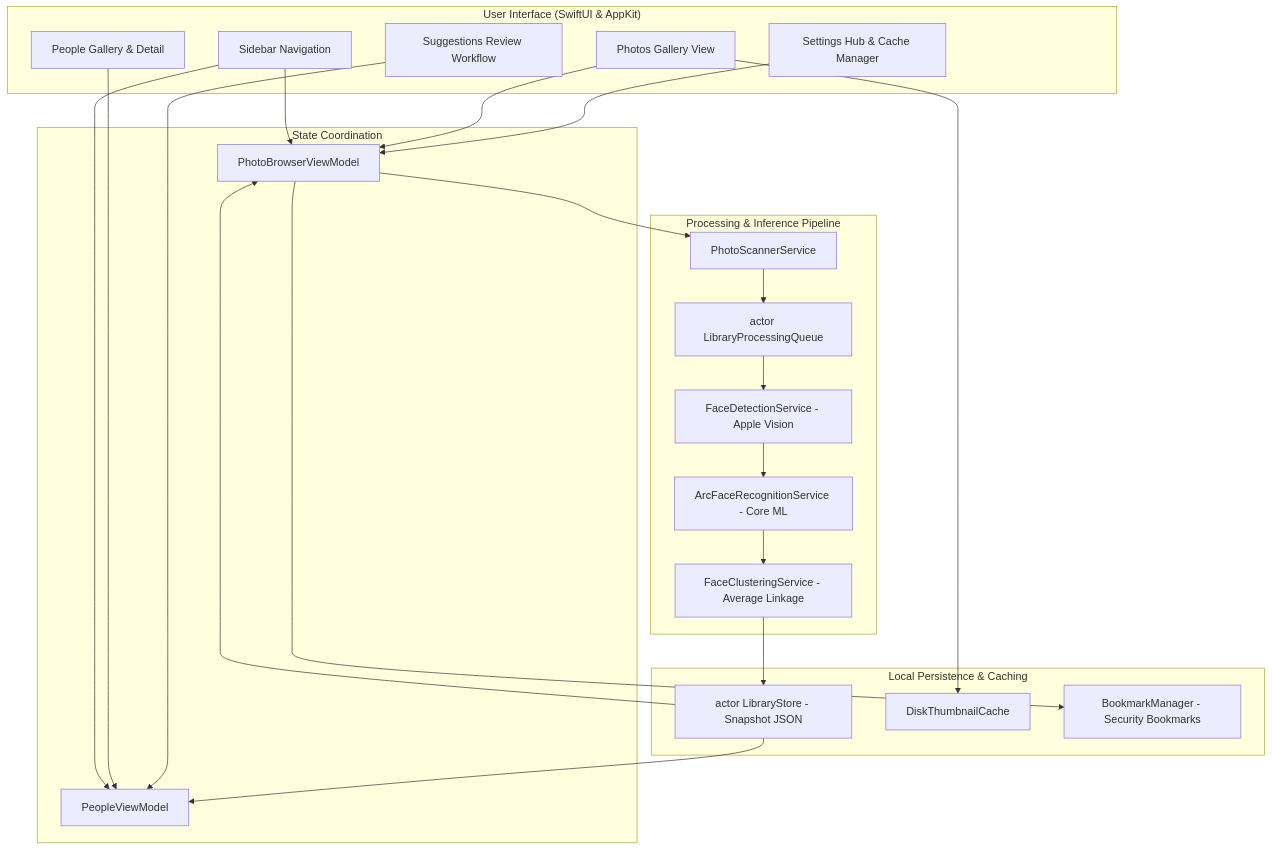
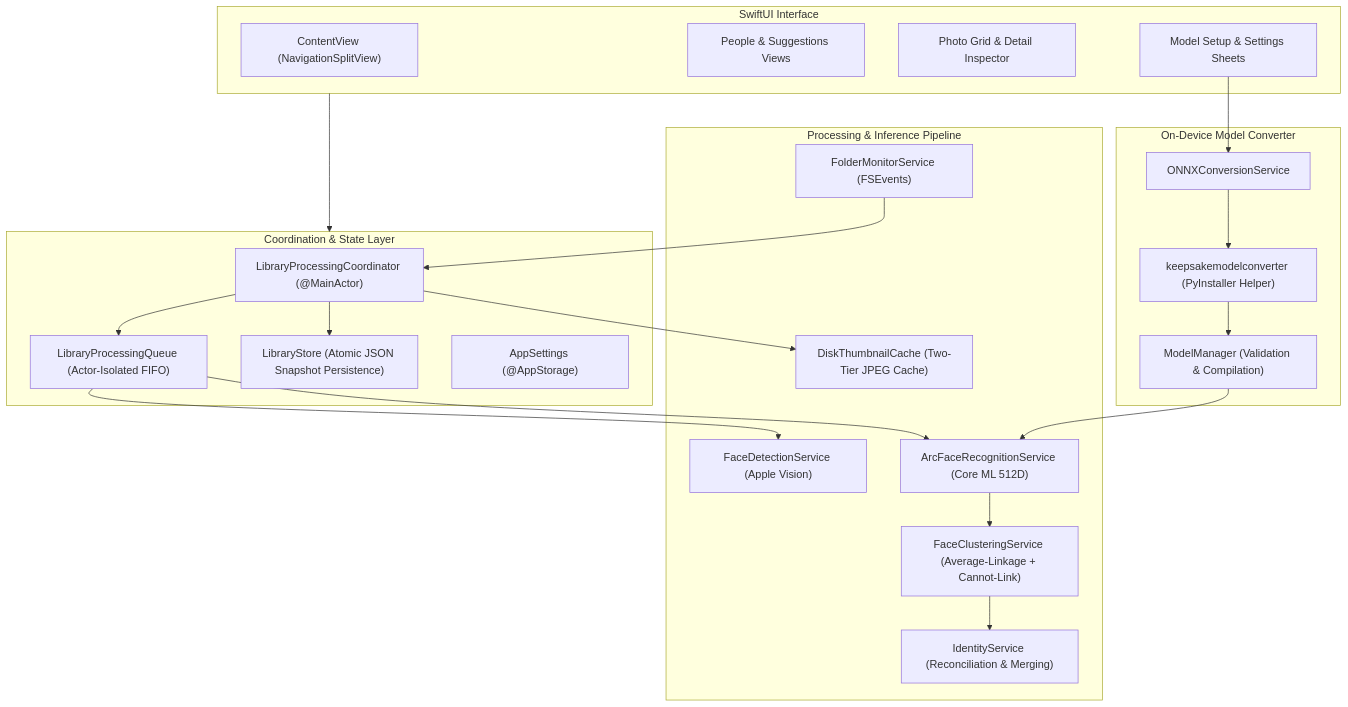
Before and after one commit to vikramaditya7z/keepsake-f: the diagram in README.md, drawn with Mermaid. The commit also changed other lines of this file and 15 other files, not shown here.

````diff
--- a/README.md
+++ b/README.md
@@ -66,48 +84,46 @@
 ```mermaid
 flowchart TD
-    subgraph UI ["User Interface (SwiftUI & AppKit)"]
-        Nav[Sidebar Navigation]
-        PhotosView[Photos Gallery View]
-        PeopleView[People Gallery & Detail]
-        SuggestionsView[Suggestions Review Workflow]
-        SettingsView[Settings Hub & Cache Manager]
+    subgraph UI ["SwiftUI Interface"]
+        ContentView["ContentView (NavigationSplitView)"]
+        PeopleView["People & Suggestions Views"]
+        PhotoGrid["Photo Grid & Detail Inspector"]
+        ModelSheet["Model Setup & Settings Sheets"]
     end
 
-    subgraph Coord ["State Coordination"]
-        PBVM[PhotoBrowserViewModel]
-        PVM[PeopleViewModel]
+    subgraph Core ["Coordination & State Layer"]
+        Coordinator["LibraryProcessingCoordinator (@MainActor)"]
+        Queue["LibraryProcessingQueue (Actor-Isolated FIFO)"]
+        Store["LibraryStore (Atomic JSON Snapshot Persistence)"]
+        Settings["AppSettings (@AppStorage)"]
     end
 
     subgraph Pipeline ["Processing & Inference Pipeline"]
-        FScan[PhotoScannerService]
-        FQueue[actor LibraryProcessingQueue]
-        VDetection[FaceDetectionService - Apple Vision]
-        VEmbedding[ArcFaceRecognitionService - Core ML]
-        FCluster[FaceClusteringService - Average Linkage]
+        FolderMon["FolderMonitorService (FSEvents)"]
+        Vision["FaceDetectionService (Apple Vision)"]
+        CoreML["ArcFaceRecognitionService (Core ML 512D)"]
+        Clustering["FaceClusteringService (Average-Linkage + Cannot-Link)"]
+        Identity["IdentityService (Reconciliation & Merging)"]
+        Cache["DiskThumbnailCache (Two-Tier JPEG Cache)"]
     end
 
-    subgraph Storage ["Local Persistence & Caching"]
-        Store[actor LibraryStore - Snapshot JSON]
-        DiskCache[DiskThumbnailCache]
-        BookmarkMgr[BookmarkManager - Security Bookmarks]
+    subgraph Conversion ["On-Device Model Converter"]
+        ConverterService["ONNXConversionService"]
+        BundledBinary["keepsakemodelconverter (PyInstaller Helper)"]
+        ModelMgr["ModelManager (Validation & Compilation)"]
     end
 
-    Nav --> PBVM
-    Nav --> PVM
-    PhotosView --> PBVM
-    PeopleView --> PVM
-    SuggestionsView --> PVM
-    SettingsView --> PBVM
+    UI --> Core
+    Coordinator --> Queue
+    Coordinator --> Store
+    Queue --> Vision
+    Queue --> CoreML
+    CoreML --> Clustering
+    Clustering --> Identity
+    Coordinator --> Cache
+    FolderMon --> Coordinator
 
-    PBVM --> BookmarkMgr
-    PBVM --> FScan
-    FScan --> FQueue
-    FQueue --> VDetection
-    VDetection --> VEmbedding
-    VEmbedding --> FCluster
-    FCluster --> Store
-
-    Store --> PVM
-    Store --> PBVM
-    PhotosView --> DiskCache
+    ModelSheet --> ConverterService
+    ConverterService --> BundledBinary
+    BundledBinary --> ModelMgr
+    ModelMgr --> CoreML
 ```
````
